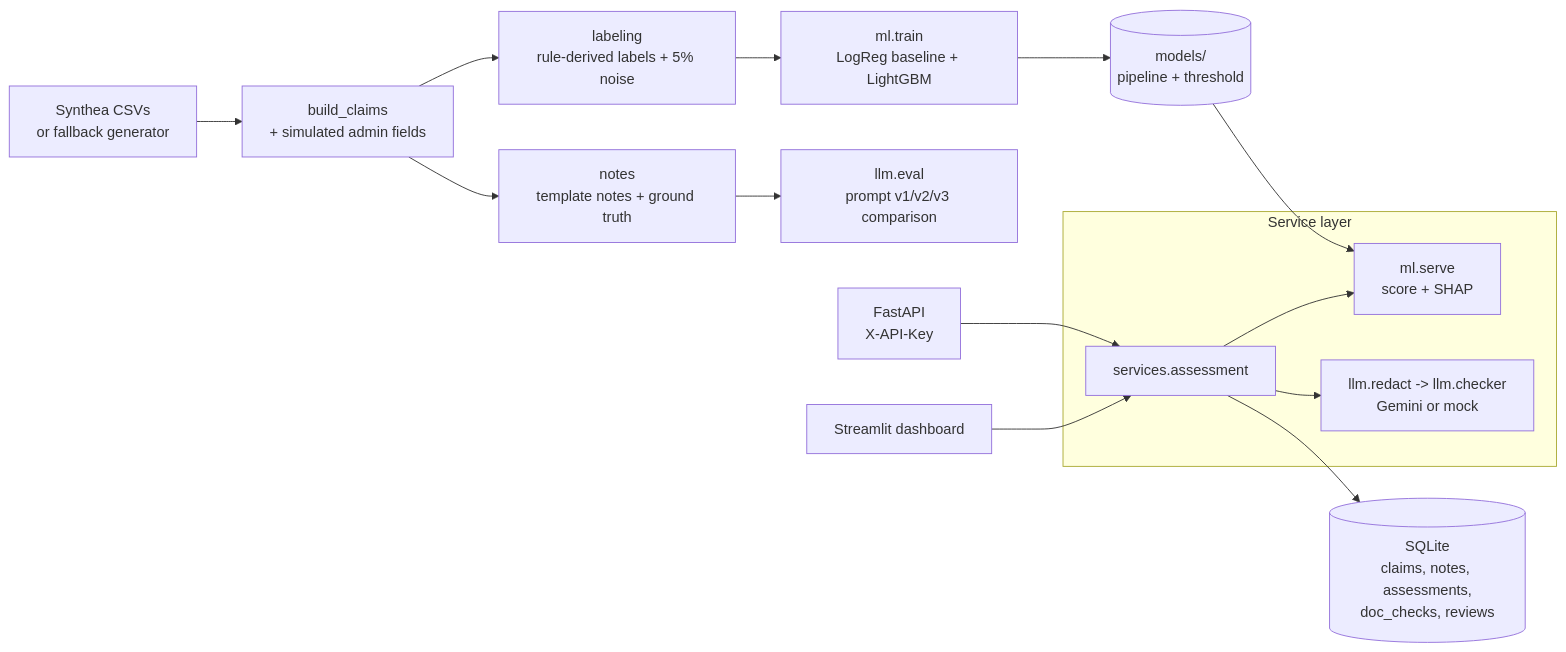
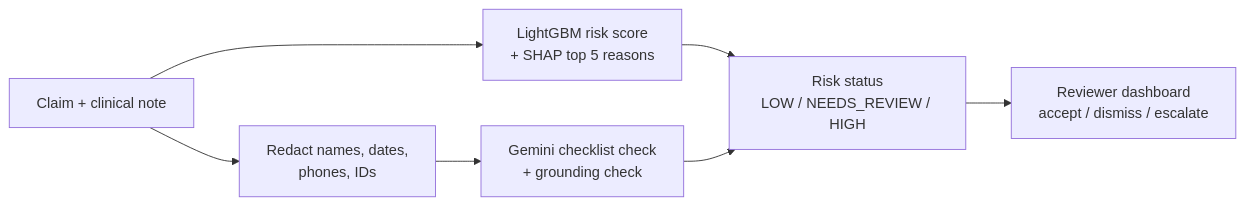
Before and after one commit to Samarthvurs/ClaimGuard: the diagram in README.md, drawn with Mermaid. The commit also changed other lines of this file and 6 other files, not shown here.

````diff
--- a/README.md
+++ b/README.md
@@ -30,17 +59,9 @@
 ```mermaid
 flowchart LR
-    A[Synthea CSVs<br/>or fallback generator] --> B[build_claims<br/>+ simulated admin fields]
-    B --> C[labeling<br/>rule-derived labels + 5% noise]
-    B --> D[notes<br/>template notes + ground truth]
-    C --> E[ml.train<br/>LogReg baseline + LightGBM]
-    E --> F[(models/<br/>pipeline + threshold)]
-    D --> G[llm.eval<br/>prompt v1/v2/v3 comparison]
-    subgraph Service layer
-      H[services.assessment] --> I[ml.serve<br/>score + SHAP]
-      H --> J[llm.redact -> llm.checker<br/>Gemini or mock]
-    end
-    F --> I
-    H --> K[(SQLite<br/>claims, notes, assessments,<br/>doc_checks, reviews)]
-    L[FastAPI<br/>X-API-Key] --> H
-    M[Streamlit dashboard] --> H
+    A[Claim + clinical note] --> B[Redact names, dates,<br/>phones, IDs]
+    A --> C[LightGBM risk score<br/>+ SHAP top 5 reasons]
+    B --> D[Gemini checklist check<br/>+ grounding check]
+    C --> E[Risk status<br/>LOW / NEEDS_REVIEW / HIGH]
+    D --> E
+    E --> F[Reviewer dashboard<br/>accept / dismiss / escalate]
 ```
````
